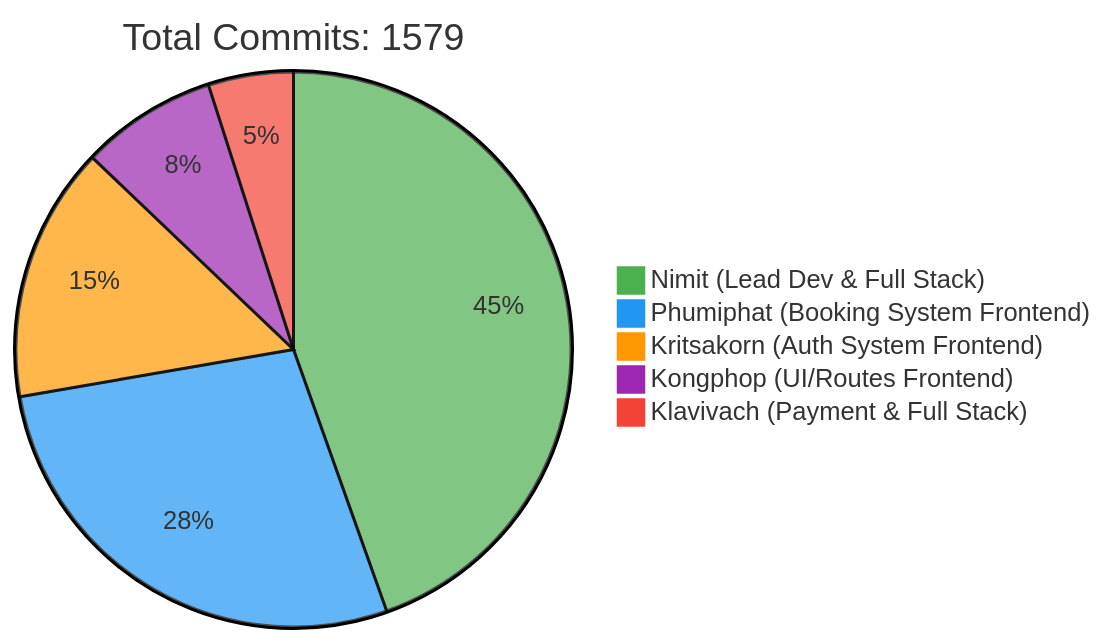
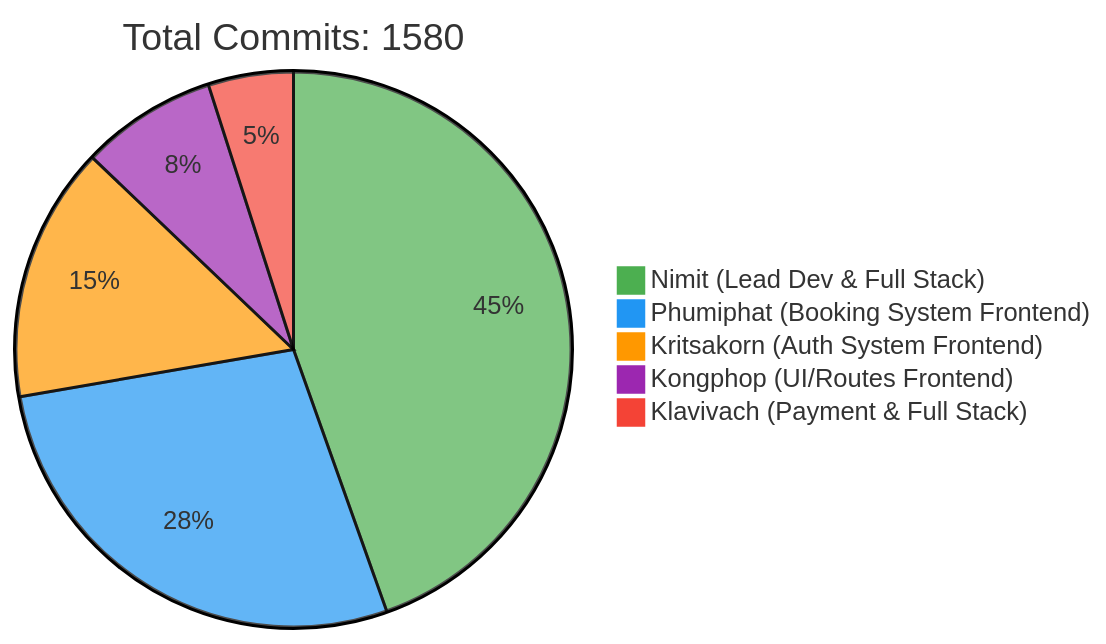
One commit to 6531503042/Sport-Complex changed the first of 2 diagrams in README.md. Above: the diagram before and after it, drawn with Mermaid. The commit also changed other lines of this file, not shown here.

Commit message:
docs: Update contributor statistics [skip ci]

````diff
--- a/README.md
+++ b/README.md
@@ -257,10 +257,10 @@
 ```mermaid
 %%{init: {'theme': 'base', 'themeVariables': { 'pie1': '#4CAF50', 'pie2': '#2196F3', 'pie3': '#FF9800', 'pie4': '#9C27B0', 'pie5': '#F44336'}}}%%
 pie
-    title Total Commits: 1579
+    title Total Commits: 1580
     "Nimit (Lead Dev & Full Stack)" : 450
     "Phumiphat (Booking System Frontend)" : 280
     "Kritsakorn (Auth System Frontend)" : 150
     "Kongphop (UI/Routes Frontend)" : 80
     "Klavivach (Payment & Full Stack)" : 50
 ```
````
